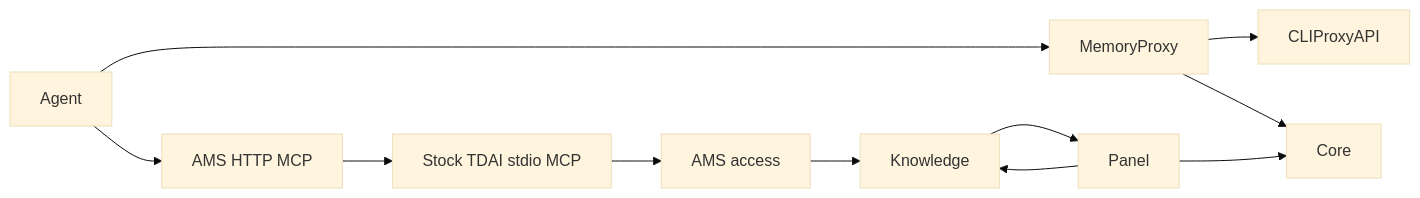
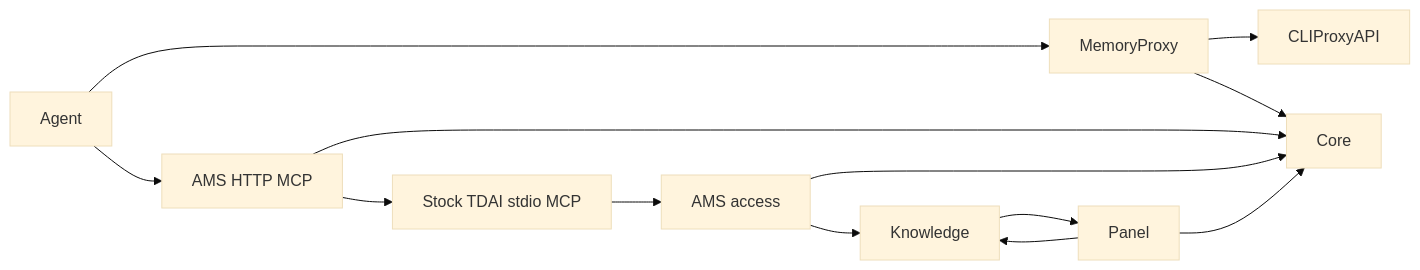
Before and after one commit to shura-v/agent-memory-stack: the diagram in README.md, drawn with Mermaid (base theme). The commit also changed other lines of this file and 111 other files, not shown here.

````diff
--- a/README.md
+++ b/README.md
@@ -36,10 +36,12 @@
 ```mermaid
 flowchart LR
   Agent --> MemoryProxy --> CLIProxyAPI
   MemoryProxy --> Core
   Agent --> AMS[AMS HTTP MCP] --> Stock[Stock TDAI stdio MCP]
   Stock --> Access[AMS access] --> Knowledge
+  AMS --> Core
+  Access --> Core
   Panel --> Core
   Panel --> Knowledge
   Knowledge --> Panel
 ```
````
